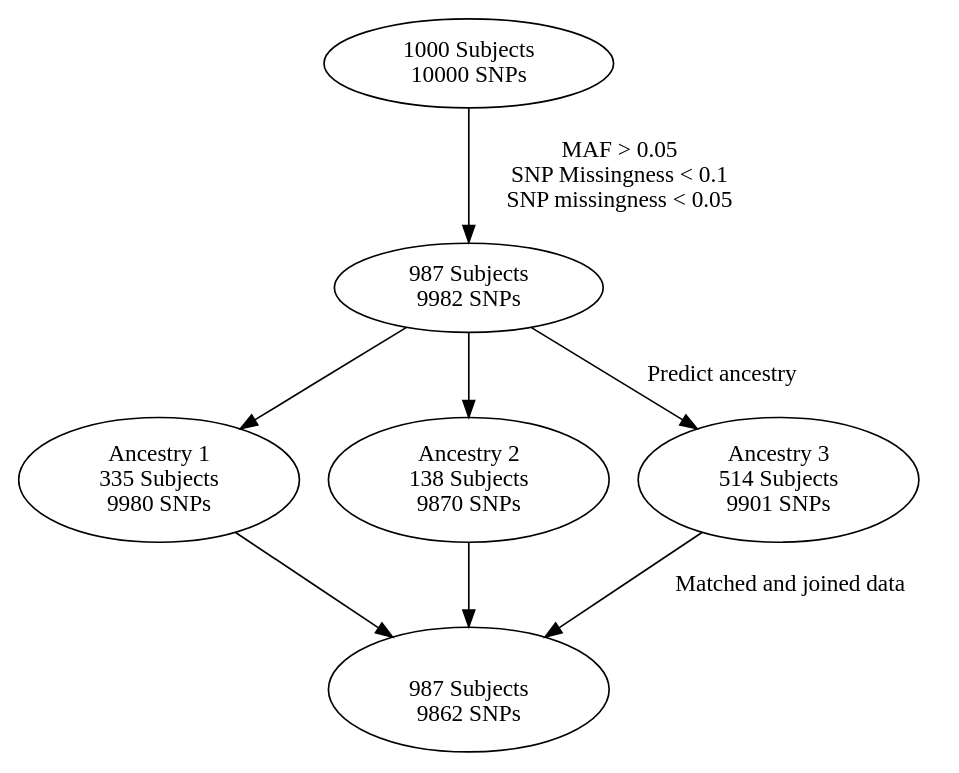
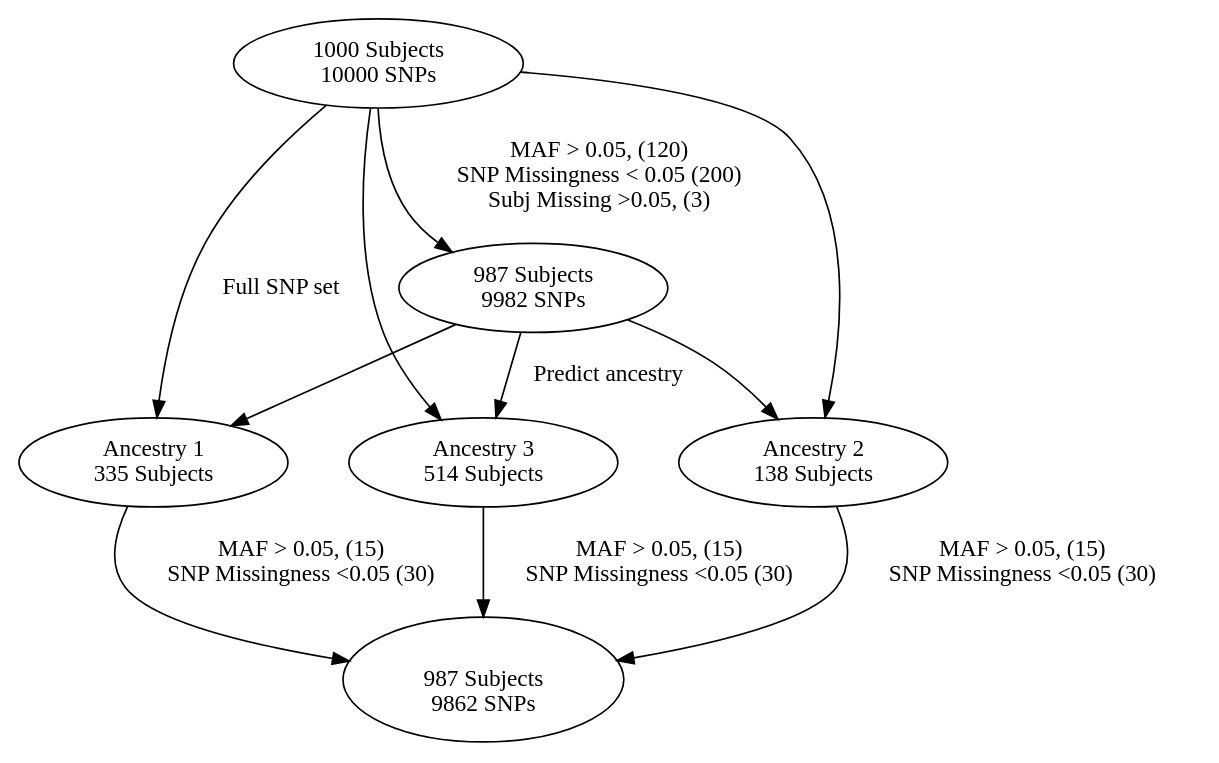
Before and after one commit to UMN-GDC/GDCGenomicsQC: the diagram in src/QCReporter/QCReport.qmd, drawn with Graphviz. The commit also changed other lines of this file and 15 other files, not shown here.

Commit message:
Added figure references and Manhattan plot in report

````diff
--- a/src/QCReporter/QCReport.qmd
+++ b/src/QCReporter/QCReport.qmd
@@ -56,20 +56,22 @@
 ```{dot}
 digraph G {
   input [ label = "1000 Subjects \n 10000 SNPs" ];
   filter [ label = "987 Subjects \n 9982 SNPs"];
 
-  filter1 [label = "Ancestry 1 \n 335 Subjects \n 9980 SNPs"];
-  filter2 [label = "Ancestry 2 \n 138 Subjects \n 9870 SNPs"];
-  filter3 [label = "Ancestry 3 \n 514 Subjects \n 9901 SNPs"];
+  filter1 [label = "Ancestry 1 \n 335 Subjects"];
+  filter2 [label = "Ancestry 2 \n 138 Subjects"];
+  filter3 [label = "Ancestry 3 \n 514 Subjects"];
 
   joinedData[ label = " \n 987 Subjects \n 9862 SNPs"];
 
-  input -> filter [ label = "MAF > 0.05 \n SNP Missingness < 0.1 \n SNP missingness < 0.05"];
-
+   input -> filter [ label = "MAF > 0.05, (120) \n SNP Missingness < 0.05 (200) \n Subj Missing >0.05, (3)"]; 
   filter -> filter1, filter2;
   filter -> filter3 [label = "Predict ancestry"];
 
-  filter1, filter2 -> joinedData; 
-  filter3 -> joinedData[ label = "Matched and joined data"];
+  input -> filter1 [label = "Full SNP set"];
+  input -> filter2, filter3;
+  filter1 -> joinedData[ label = "MAF > 0.05, (15) \n SNP Missingness <0.05 (30)"];
+  filter2 -> joinedData[ label = "MAF > 0.05, (15) \n SNP Missingness <0.05 (30)"]; 
+  filter3 -> joinedData[ label = "MAF > 0.05, (15) \n SNP Missingness <0.05 (30)"];
 }
 ```
````
